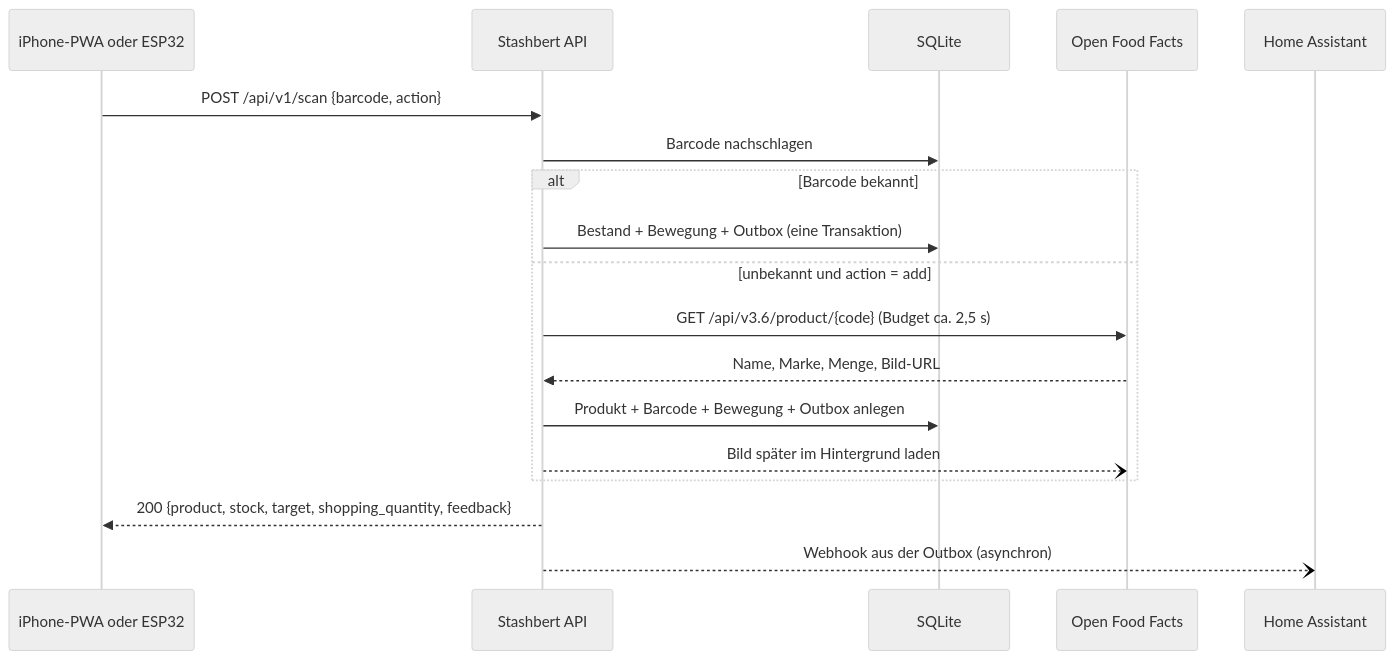
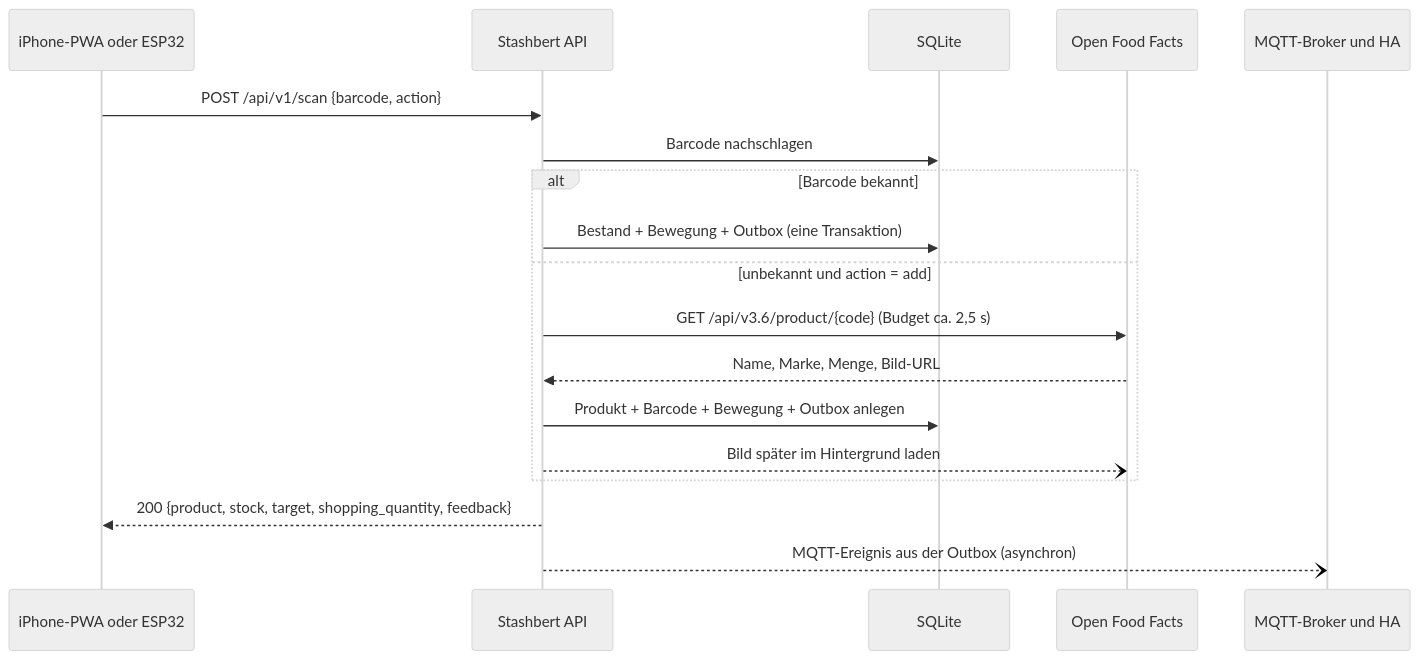
One commit to schmitz-chris/stashbert changed the first of 2 diagrams in docs/architecture.md. Above: the diagram before and after it, drawn with Mermaid (neutral theme). The commit also changed other lines of this file and 1 other file, not shown here.

First line of the commit message:
Incorporate household constraints into architecture (revision 2)

````diff
--- a/docs/architecture.md
+++ b/docs/architecture.md
@@ -107,20 +115,20 @@
 ```mermaid
 sequenceDiagram
     participant C as iPhone-PWA oder ESP32
     participant S as Stashbert API
     participant DB as SQLite
     participant O as Open Food Facts
-    participant H as Home Assistant
+    participant H as MQTT-Broker und HA
     C->>S: POST /api/v1/scan {barcode, action}
     S->>DB: Barcode nachschlagen
     alt Barcode bekannt
         S->>DB: Bestand + Bewegung + Outbox (eine Transaktion)
     else unbekannt und action = add
         S->>O: GET /api/v3.6/product/{code} (Budget ca. 2,5 s)
         O-->>S: Name, Marke, Menge, Bild-URL
         S->>DB: Produkt + Barcode + Bewegung + Outbox anlegen
         S--)O: Bild später im Hintergrund laden
     end
     S-->>C: 200 {product, stock, target, shopping_quantity, feedback}
-    S--)H: Webhook aus der Outbox (asynchron)
+    S--)H: MQTT-Ereignis aus der Outbox (asynchron)
 ```
````
